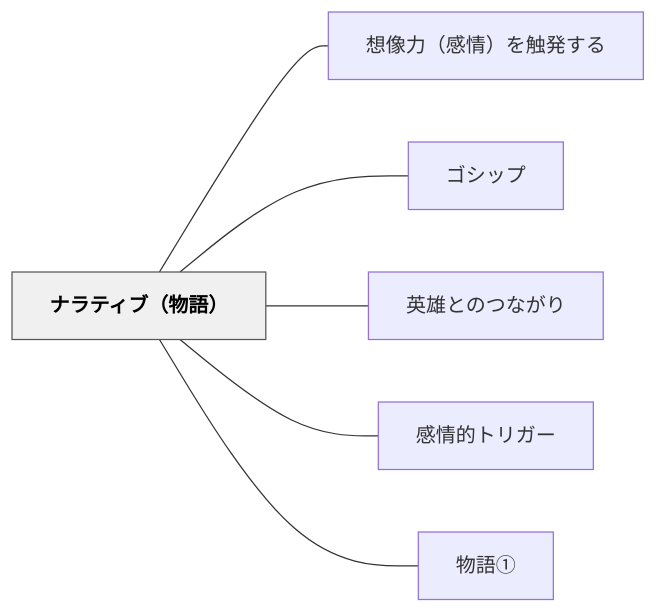
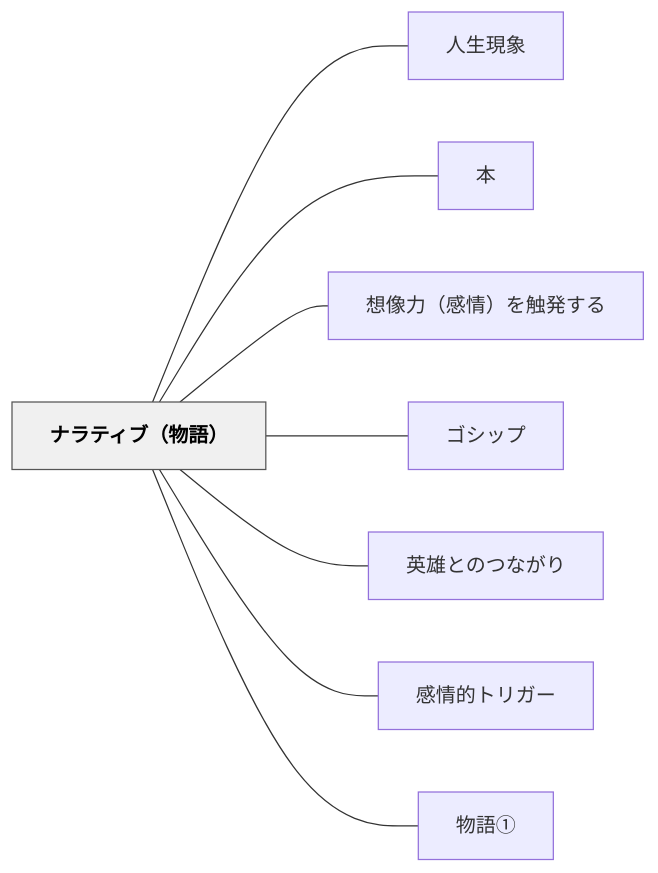
The diagram in content/パタン/ナラティブ（物語）.md (unknownthings-ed-patterns/unknownthings-ed-patterns), drawn with Mermaid before and after one commit. The commit also changed other lines of this file and 473 other files, not shown here.

````diff
--- a/content/パタン/ナラティブ（物語）.md
+++ b/content/パタン/ナラティブ（物語）.md
@@ -48,18 +50,22 @@
 ```mermaid
 flowchart LR
     ne3838ae383a9["ナラティブ（物語）"]
+    ne4babae7949f["人生現象"]
+    ne69cac["本"]
     ne683b3e5838f["想像力（感情）を触発する"]
     ne382b4e382b7["ゴシップ"]
     ne88bb1e99b84["英雄とのつながり"]
     ne6849fe68385["感情的トリガー"]
     ne789a9e8aa9e["物語①"]
 
+    ne3838ae383a9 --- ne4babae7949f
+    ne3838ae383a9 --- ne69cac
     ne3838ae383a9 --- ne683b3e5838f
     ne3838ae383a9 --- ne382b4e382b7
     ne3838ae383a9 --- ne88bb1e99b84
     ne3838ae383a9 --- ne6849fe68385
     ne3838ae383a9 --- ne789a9e8aa9e
 
     classDef hub fill:#f0f0f0,stroke:#555,color:#000,font-weight:bold
     class ne3838ae383a9 hub
 ```
````
